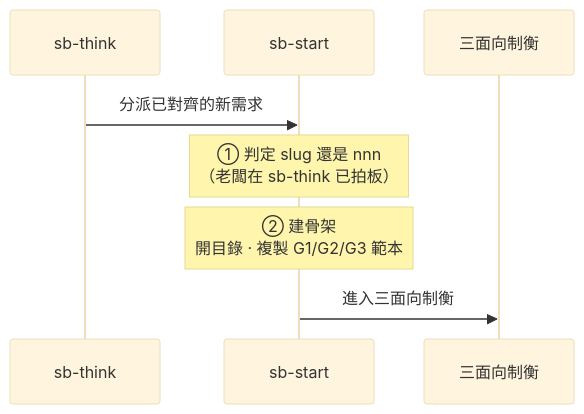
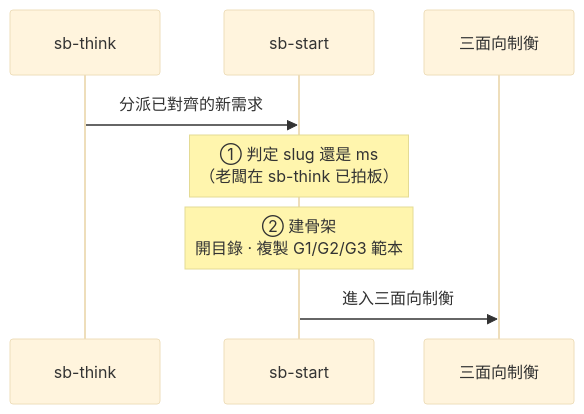
The diagram in skills/sb-start/SKILL.md (teps3105/shiftblame), drawn with Mermaid (base theme) before and after one commit. The commit also changed other lines of this file and 19 other files, not shown here.

````diff
--- a/skills/sb-start/SKILL.md
+++ b/skills/sb-start/SKILL.md
@@ -9,11 +9,11 @@
 ```mermaid
 sequenceDiagram
     participant T as sb-think
     participant S as sb-start
     participant A as 三面向制衡
 
     T->>S: 分派已對齊的新需求
-    Note over S: ① 判定 slug 還是 nnn<br/>（老闆在 sb-think 已拍板）
+    Note over S: ① 判定 slug 還是 ms<br/>（老闆在 sb-think 已拍板）
     Note over S: ② 建骨架<br/>開目錄 · 複製 G1/G2/G3 範本
     S->>A: 進入三面向制衡
 ```
````
